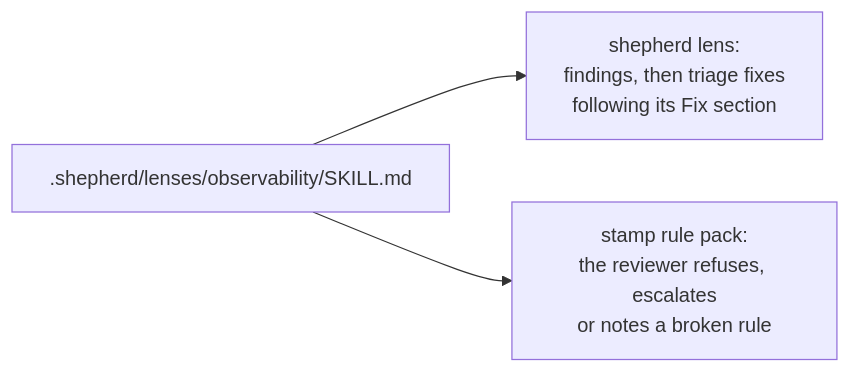
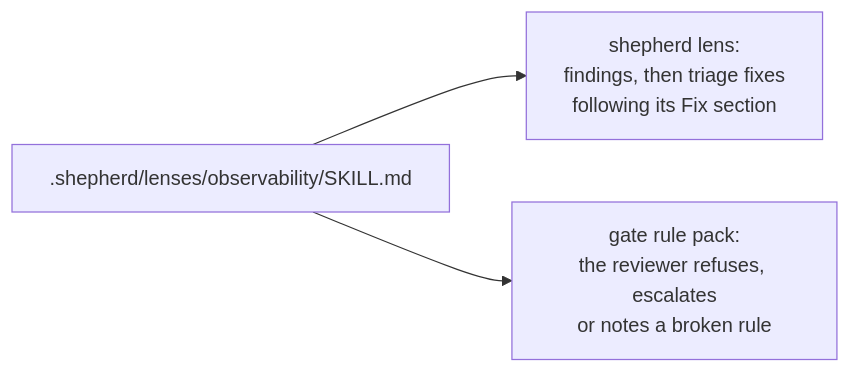
Before and after one commit to jagreehal/shepherd: the second of 2 diagrams in docs/src/content/docs/configuration/lenses.md, drawn with Mermaid. The commit also changed other lines of this file and 160 other files, not shown here.

````diff
--- a/docs/src/content/docs/configuration/lenses.md
+++ b/docs/src/content/docs/configuration/lenses.md
@@ -65,5 +65,5 @@
 ```mermaid
 flowchart LR
     P[.shepherd/lenses/observability/SKILL.md] --> L[shepherd lens:<br/>findings, then triage fixes<br/>following its Fix section]
-    P --> R[stamp rule pack:<br/>the reviewer refuses, escalates<br/>or notes a broken rule]
+    P --> R[gate rule pack:<br/>the reviewer refuses, escalates<br/>or notes a broken rule]
 ```
````
